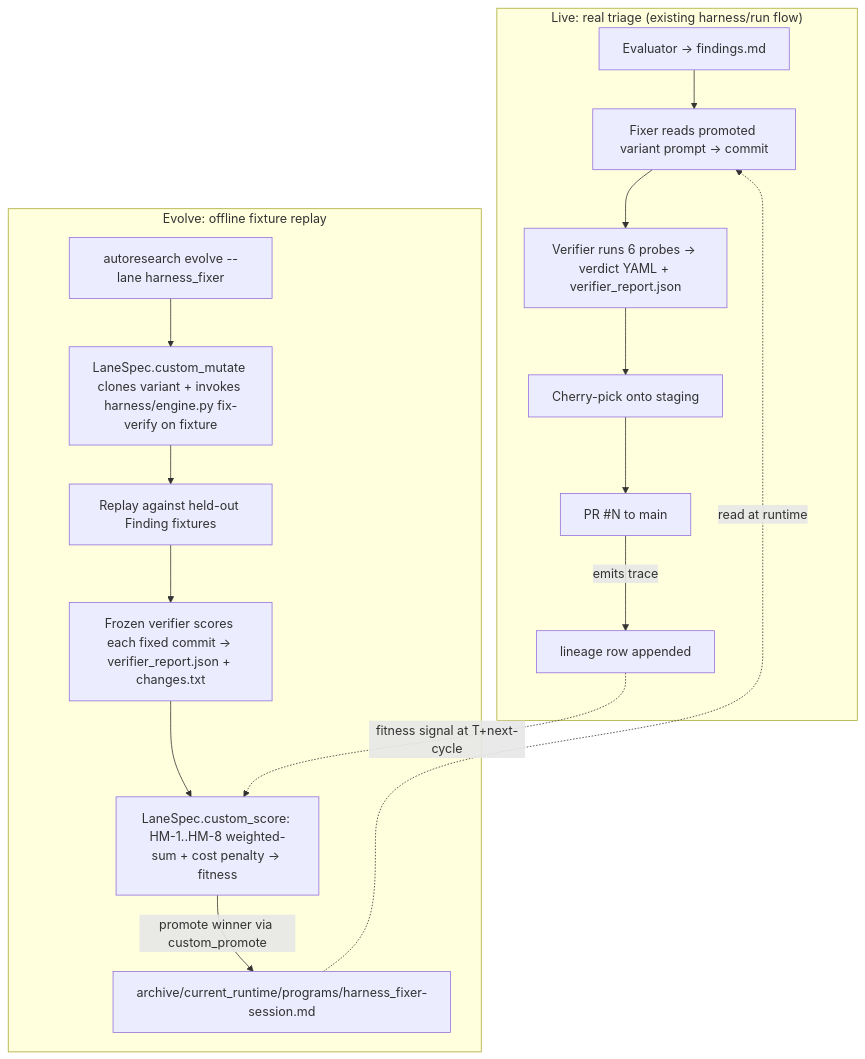
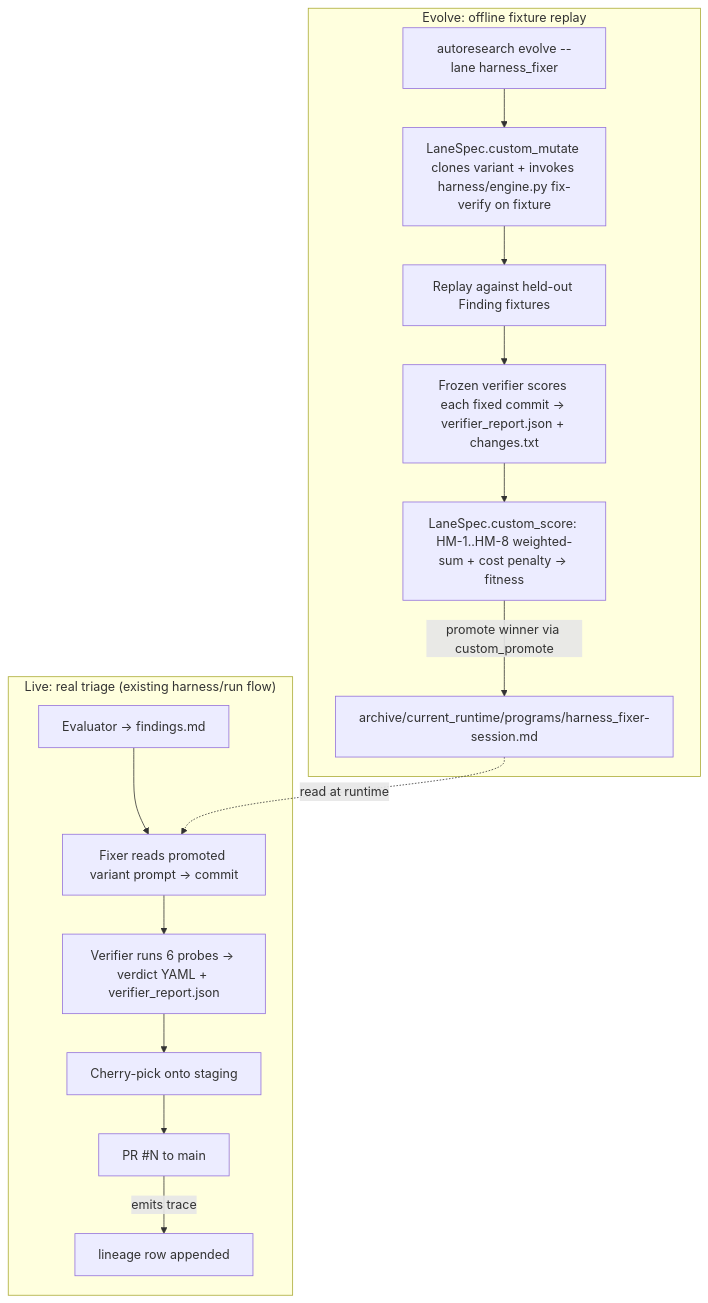
The first of 2 diagrams in docs/brainstorms/2026-04-26-harness-fixer-autoresearch-fusion-requirements.md (jryszardnoszczyk/gofreddy), drawn with Mermaid before and after one commit. The commit also changed other lines of this file, not shown here.

````diff
--- a/docs/brainstorms/2026-04-26-harness-fixer-autoresearch-fusion-requirements.md
+++ b/docs/brainstorms/2026-04-26-harness-fixer-autoresearch-fusion-requirements.md
@@ -19,18 +19,17 @@
 ```mermaid
 flowchart TB
   subgraph LIVE["Live: real triage (existing harness/run flow)"]
     F1[Evaluator → findings.md] --> F2[Fixer reads promoted variant prompt → commit]
     F2 --> F3[Verifier runs 6 probes → verdict YAML + verifier_report.json]
     F3 --> F4[Cherry-pick onto staging] --> F5[PR #N to main]
     F5 -->|emits trace| LJ[lineage row appended]
   end
   subgraph EVOLVE["Evolve: offline fixture replay"]
     E1[autoresearch evolve --lane harness_fixer] --> E2[LaneSpec.custom_mutate clones variant + invokes harness/engine.py fix-verify on fixture]
     E2 --> E3[Replay against held-out Finding fixtures]
     E3 --> E4[Frozen verifier scores each fixed commit → verifier_report.json + changes.txt]
     E4 --> E5[LaneSpec.custom_score: HM-1..HM-8 weighted-sum + cost penalty → fitness]
     E5 -->|promote winner via custom_promote| P[archive/current_runtime/programs/harness_fixer-session.md]
   end
   P -. read at runtime .-> F2
-  LJ -. fitness signal at T+next-cycle .-> E5
 ```
````
